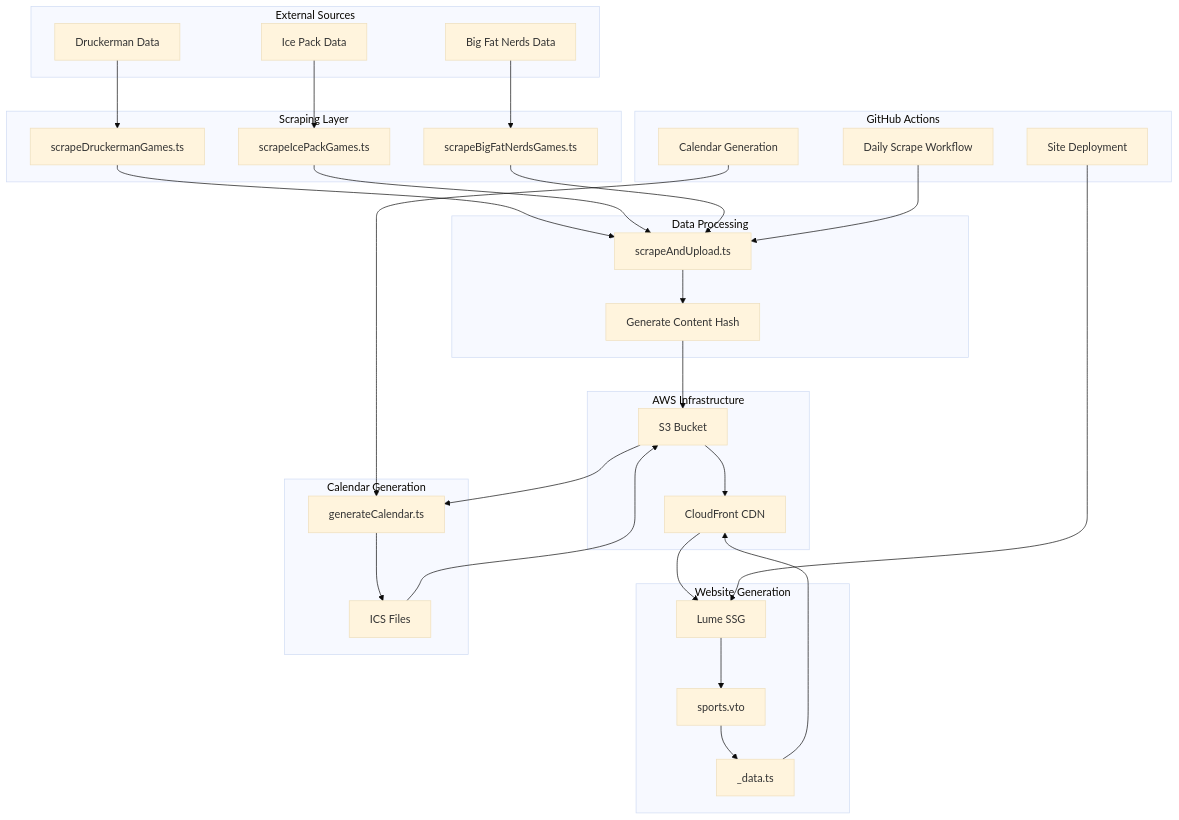
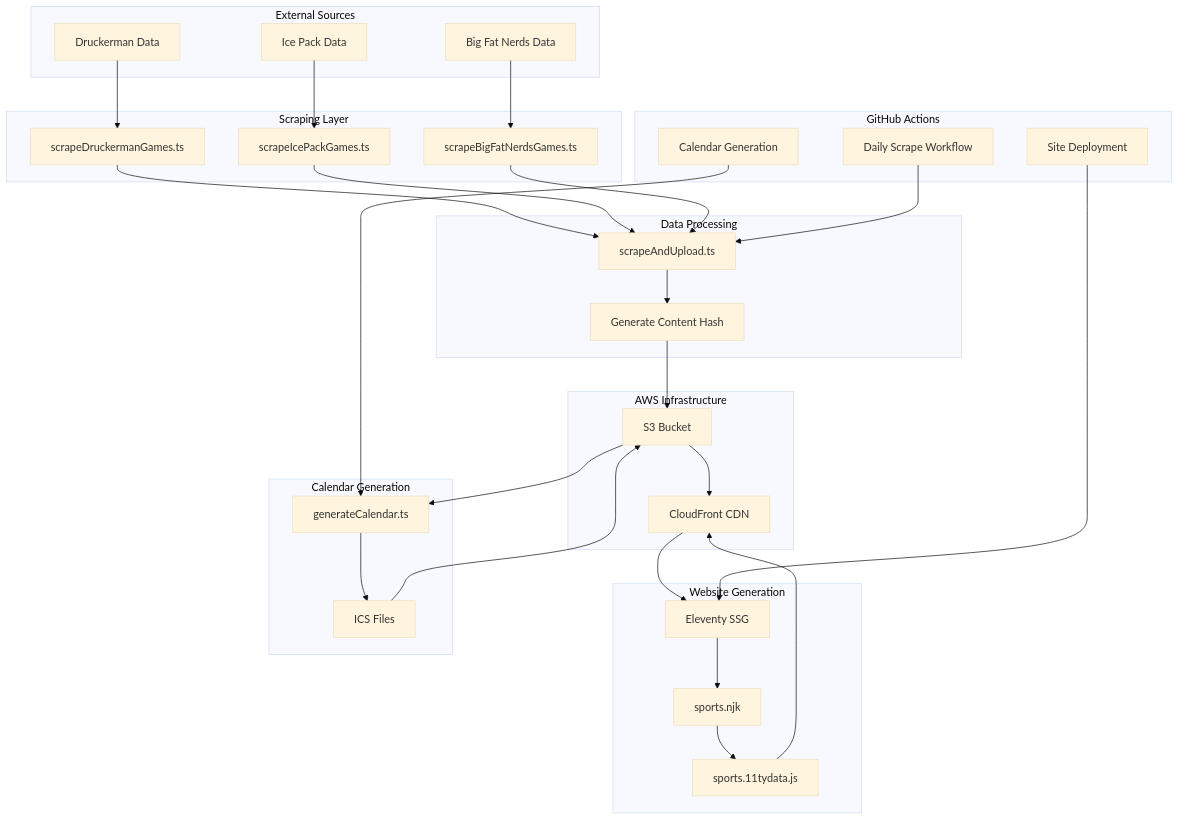
One commit to davertron/sports-scraper changed the first of 4 diagrams in README.md. Above: the diagram before and after it, drawn with Mermaid (base theme). The commit also changed other lines of this file and 6706 other files, not shown here.

First line of the commit message:
Migrate off Deno: Node 26 + Temporal, minimal/vendored deps, Eleventy replaces Lume (#3)

````diff
--- a/README.md
+++ b/README.md
@@ -26,66 +26,66 @@
 ```mermaid
 graph TB
     subgraph "External Sources"
         DS[Druckerman Data]
         IS[Ice Pack Data]
         BS[Big Fat Nerds Data]
     end
     
     subgraph "Scraping Layer"
         SD[scrapeDruckermanGames.ts]
         SI[scrapeIcePackGames.ts]
         SB[scrapeBigFatNerdsGames.ts]
     end
     
     subgraph "Data Processing"
         SU[scrapeAndUpload.ts]
         HASH[Generate Content Hash]
     end
     
     subgraph "AWS Infrastructure"
         S3[S3 Bucket]
         CF[CloudFront CDN]
     end
     
     subgraph "Website Generation"
-        LUME[Lume SSG]
-        PAGES[sports.vto]
-        DATA[_data.ts]
+        ELEVENTY[Eleventy SSG]
+        PAGES[sports.njk]
+        DATA[sports.11tydata.js]
     end
     
     subgraph "Calendar Generation"
         CAL[generateCalendar.ts]
         ICS[ICS Files]
     end
     
     subgraph "GitHub Actions"
         SCRAPE[Daily Scrape Workflow]
         CALENDAR[Calendar Generation]
         DEPLOY[Site Deployment]
     end
     
     DS --> SD
     IS --> SI
     BS --> SB
     
     SD --> SU
     SI --> SU
     SB --> SU
     
     SU --> HASH
     HASH --> S3
     
     S3 --> CF
-    CF --> LUME
-    LUME --> PAGES
+    CF --> ELEVENTY
+    ELEVENTY --> PAGES
     PAGES --> DATA
     DATA --> CF
     
     S3 --> CAL
     CAL --> ICS
     ICS --> S3
     
     SCRAPE --> SU
     CALENDAR --> CAL
-    DEPLOY --> LUME
+    DEPLOY --> ELEVENTY
 ```
````
